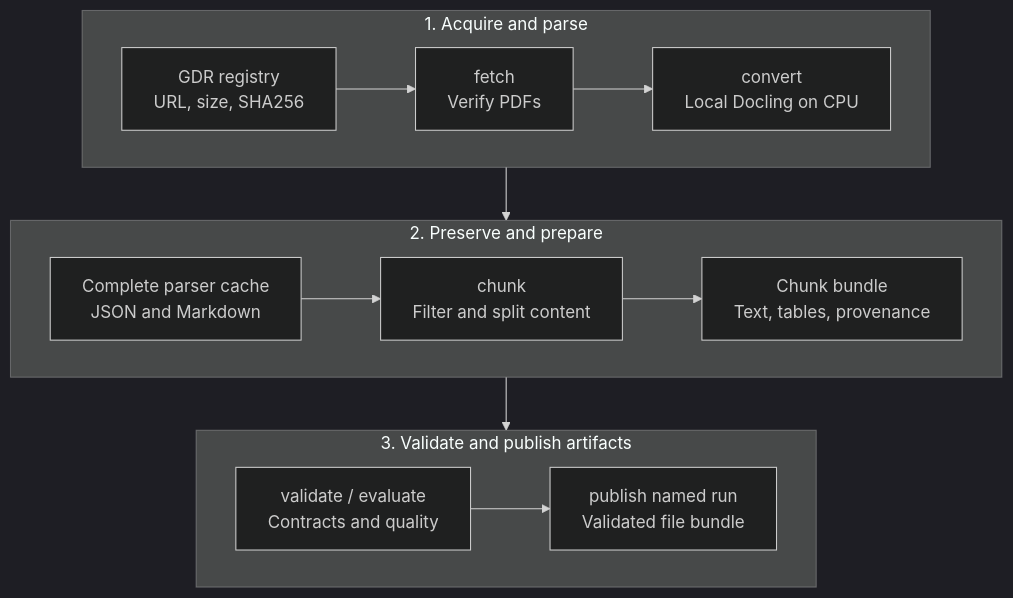
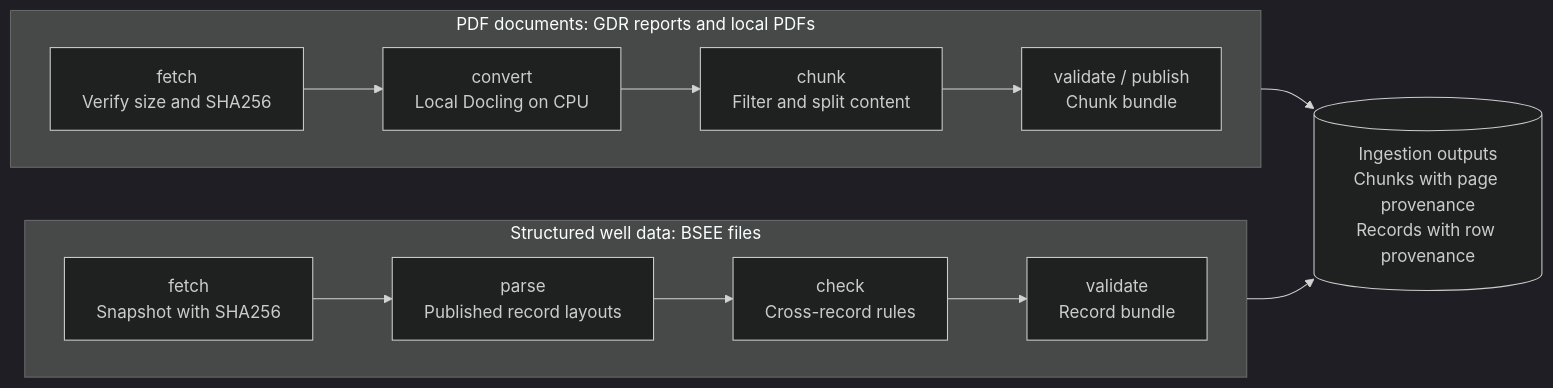
One commit to thaitri2005/Secure-O-G-LLM-and-Knowledge-Graph changed the first of 6 diagrams in docs/PROJECT_DESIGN.md. Above: the diagram before and after it, drawn with Mermaid (dark theme). The commit also changed other lines of this file and 25 other files, not shown here.

First line of the commit message:
feat: add BSEE well-data ingestion and reorganize docs around current focus

````diff
--- a/docs/PROJECT_DESIGN.md
+++ b/docs/PROJECT_DESIGN.md
@@ -123,18 +142,17 @@
 ```mermaid
-flowchart TB
-    subgraph INPUT["1. Acquire and parse"]
+flowchart LR
+    subgraph PDF["PDF documents: GDR reports and local PDFs"]
         direction LR
-        R["GDR registry<br/>URL, size, SHA256"] --> F["fetch<br/>Verify PDFs"]
-        F --> C["convert<br/>Local Docling on CPU"]
+        R["fetch<br/>Verify size and SHA256"] --> C["convert<br/>Local Docling on CPU"]
+        C --> H["chunk<br/>Filter and split content"]
+        H --> V["validate / publish<br/>Chunk bundle"]
     end
-    subgraph PREPARE["2. Preserve and prepare"]
+    subgraph DATA["Structured well data: BSEE files"]
         direction LR
-        K["Complete parser cache<br/>JSON and Markdown"] --> H["chunk<br/>Filter and split content"]
-        H --> B["Chunk bundle<br/>Text, tables, provenance"]
+        DF["fetch<br/>Snapshot with SHA256"] --> DP["parse<br/>Published record layouts"]
+        DP --> DC["check<br/>Cross-record rules"]
+        DC --> DB["validate<br/>Record bundle"]
     end
-    subgraph RELEASE["3. Validate and publish artifacts"]
-        direction LR
-        V["validate / evaluate<br/>Contracts and quality"] --> P["publish named run<br/>Validated file bundle"]
-    end
-    INPUT --> PREPARE --> RELEASE
+    PDF --> OUT[("Ingestion outputs<br/>Chunks with page provenance<br/>Records with row provenance")]
+    DATA --> OUT
 ```
````
